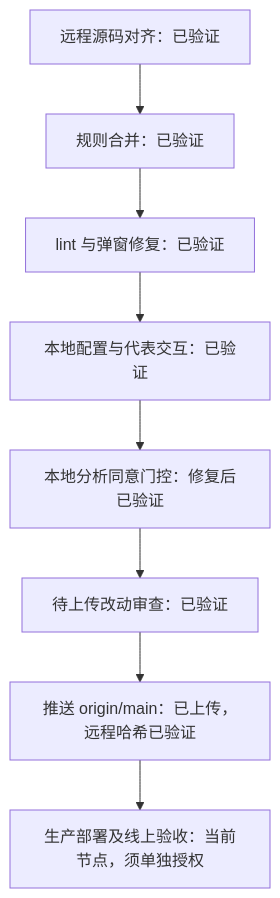
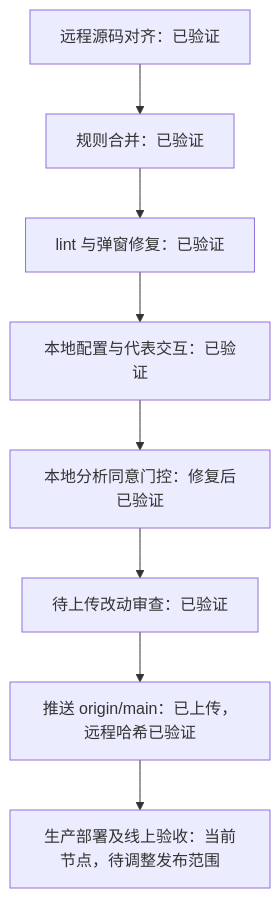
Before and after one commit to forfunly/seineshop: the diagram in docs/project-progress.md, drawn with Mermaid. The commit also changed other lines of this file and 5 other files, not shown here.

````diff
--- a/docs/project-progress.md
+++ b/docs/project-progress.md
@@ -11,10 +11,10 @@
 ```mermaid
 flowchart TD
     A[远程源码对齐：已验证] --> B[规则合并：已验证]
     B --> C[lint 与弹窗修复：已验证]
     C --> D[本地配置与代表交互：已验证]
     D --> G[本地分析同意门控：修复后已验证]
     G --> R[待上传改动审查：已验证]
     R --> E[推送 origin/main：已上传，远程哈希已验证]
-    E --> F[生产部署及线上验收：当前节点，须单独授权]
+    E --> F[生产部署及线上验收：当前节点，待调整发布范围]
 ```
````
